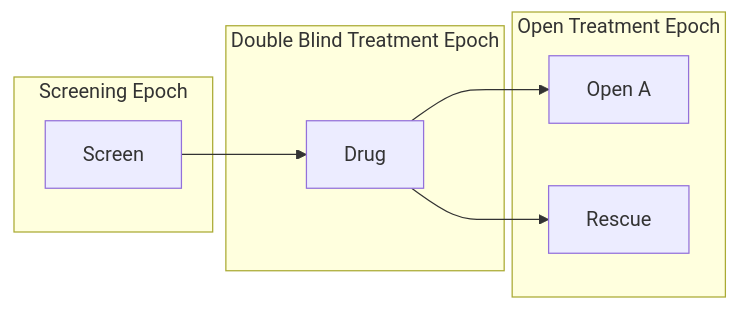
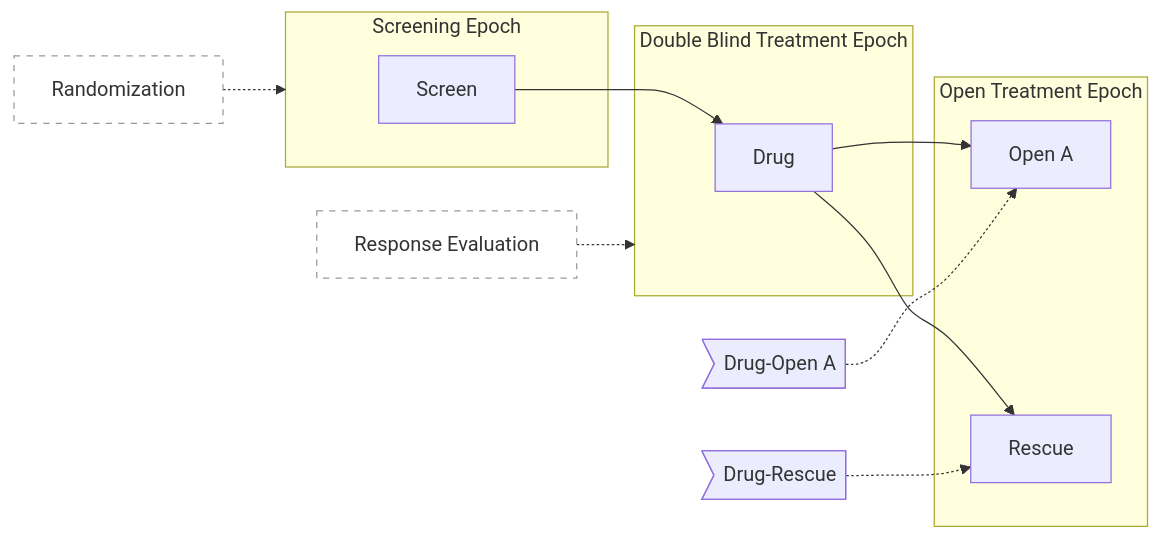
One commit to hakupao/sdtm-pedia changed diagram 12 of 24 in knowledge_base/domains/TA/examples.md. Above: the diagram before and after it, drawn with Mermaid. The commit also changed other lines of this file and 12 other files, not shown here.

First line of the commit message:
fix(kb): Tier B batch B-TA — TA narratives restored + 24 Mermaid vs PDF figures (PASS after 3 attempts; local)

````diff
--- a/knowledge_base/domains/TA/examples.md
+++ b/knowledge_base/domains/TA/examples.md
@@ -317,16 +468,22 @@
 ```mermaid
 graph LR
     subgraph SE["Screening Epoch"]
         S[Screen]
     end
     subgraph DB["Double Blind Treatment Epoch"]
         D[Drug]
     end
     subgraph OL["Open Treatment Epoch"]
         OA[Open A]
         R[Rescue]
     end
     S --> D
     D --> OA
     D --> R
+    arm1>"Drug-Open A"] -.-> OA
+    arm2>"Drug-Rescue"] -.-> R
+    rand["Randomization"] -.-> SE
+    resp["Response Evaluation"] -.-> DB
+    style rand fill:#fff,stroke:#999,stroke-dasharray:5 5
+    style resp fill:#fff,stroke:#999,stroke-dasharray:5 5
 ```
````
